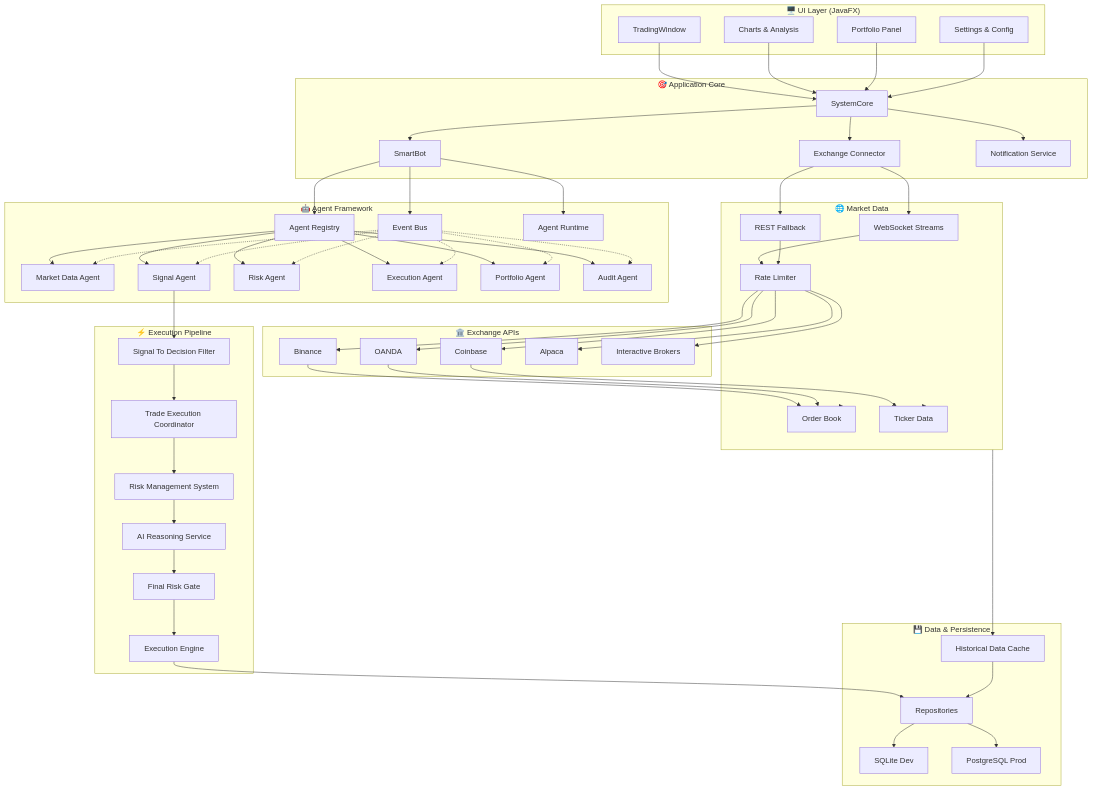
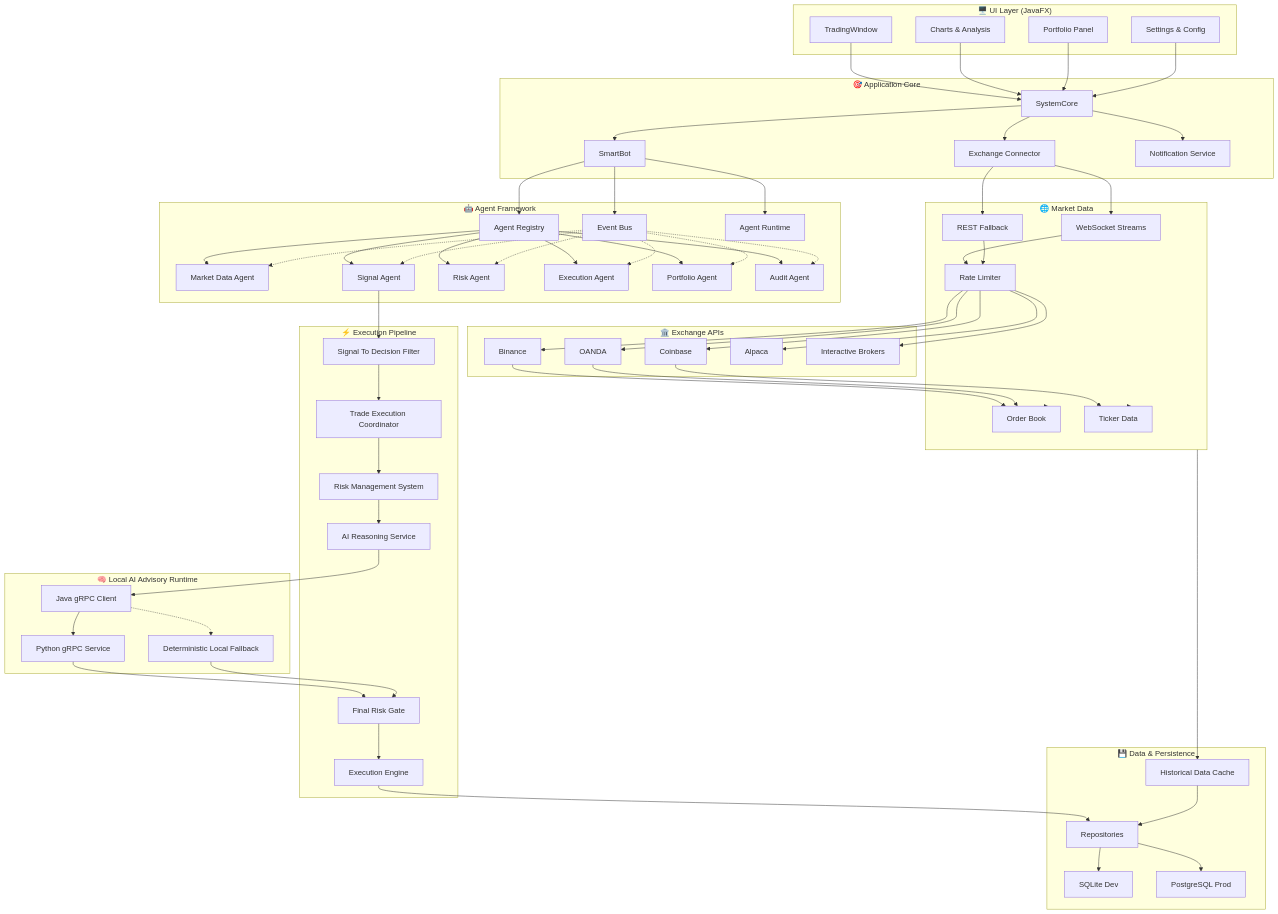
Before and after one commit to nguemechieu/investpro: the diagram in SYSTEM_ARCHITECTURE.md, drawn with Mermaid. The commit also changed other lines of this file and 52 other files, not shown here.

Commit message:
Add local gRPC AI runtime integration, docs updates, and symbol status fix

```diff
--- a/SYSTEM_ARCHITECTURE.md
+++ b/SYSTEM_ARCHITECTURE.md
@@ -127,6 +128,12 @@
         AIReasoning["AI Reasoning Service"]
         FinalRiskGate["Final Risk Gate"]
         ExecEngine["Execution Engine"]
+    end
+
+    subgraph AIRUNTIME["🧠 Local AI Advisory Runtime"]
+        GrpcClient["Java gRPC Client"]
+        PythonSvc["Python gRPC Service"]
+        LocalFallback["Deterministic Local Fallback"]
     end
 
     subgraph DATA["💾 Data & Persistence"]
@@ -184,7 +191,11 @@
 
     TradeExecCoord --> RiskMgmt
     RiskMgmt --> AIReasoning
-    AIReasoning --> FinalRiskGate
+    AIReasoning --> GrpcClient
+    GrpcClient --> PythonSvc
+    GrpcClient -.-> LocalFallback
+    PythonSvc --> FinalRiskGate
+    LocalFallback --> FinalRiskGate
     FinalRiskGate --> ExecEngine
 
     ExecEngine --> Repos
```
